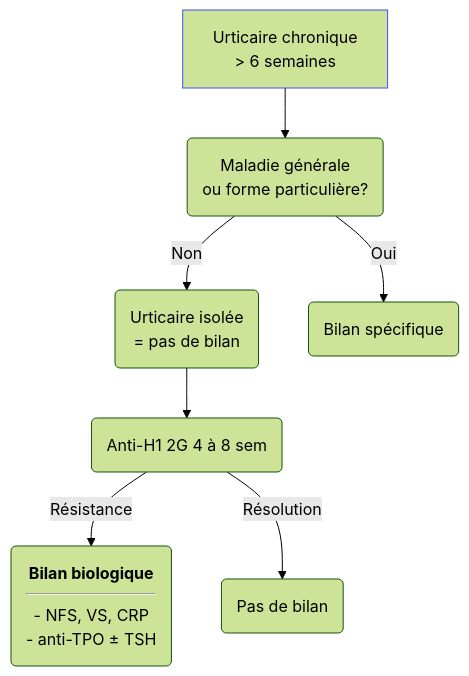
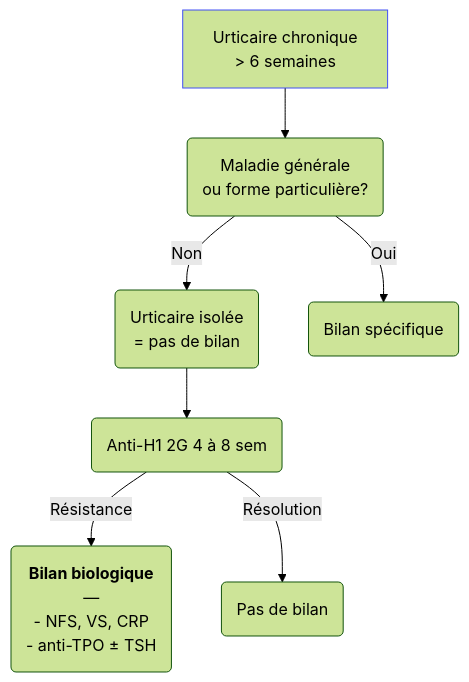
One commit to djibe/recommandations-medicales changed the second of 2 diagrams in content/recommandations/urticaire.md. Above: the diagram before and after it, drawn with Mermaid (forest theme). The commit also changed 51 other files, not shown here.

```diff
--- a/content/recommandations/urticaire.md
+++ b/content/recommandations/urticaire.md
@@ -394,9 +394,9 @@
 {{< mermaid title="Conduite à tenir et prise en charge d'une urticaire chronique. Dr JB Fron d'après ANAES 2003" >}}
 graph TB
   UC["Urticaire chronique<br>&gt; 6 semaines"] --> orientation("Maladie générale<br>ou forme particulière?")
   style UC stroke:#4150f5, stroke-width:1px
     orientation -- Non --> isolee("Urticaire isolée<br>= pas de bilan") --> ttt1(Anti-H1 2G 4 à 8 sem)
-        ttt1 -- Résistance --> bilan("<b>Bilan biologique</b><hr>- NFS, VS, CRP<br>- anti-TPO &plusmn; TSH")
+        ttt1 -- Résistance --> bilan("<b>Bilan biologique</b><br>—<br>- NFS, VS, CRP<br>- anti-TPO &plusmn; TSH")
         ttt1 -- Résolution --> fin(Pas de bilan)
     orientation -- Oui --> maladie(Bilan spécifique)
 {{< /mermaid >}}
```
